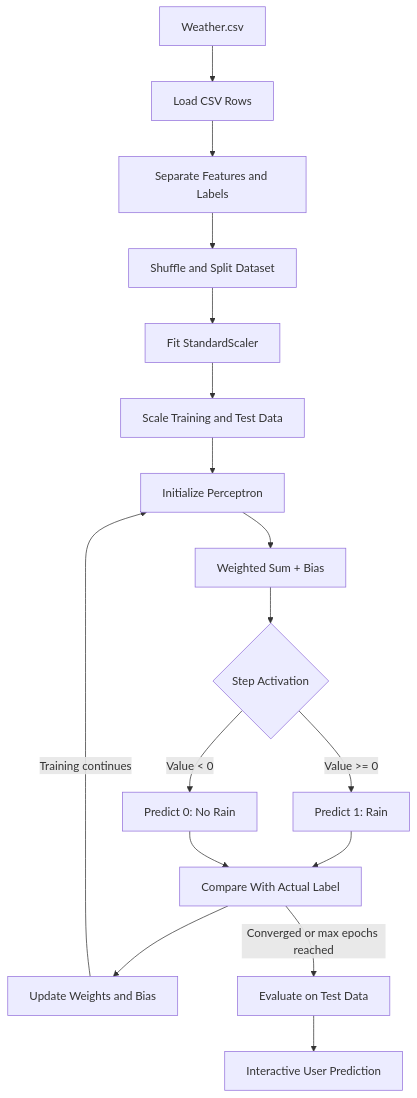
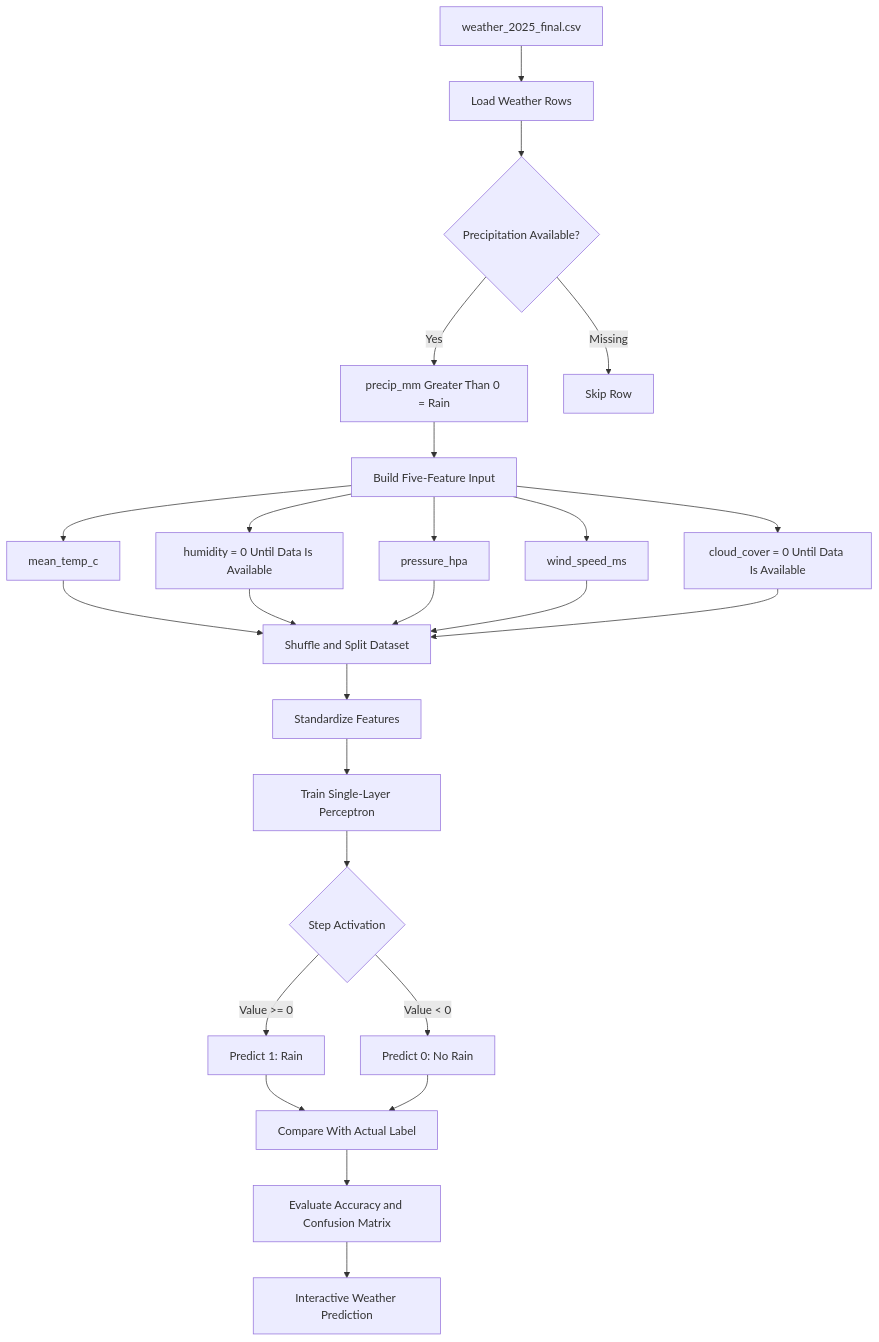
Before and after one commit to shivangichaudhary-cse/RE-SINGLE-LAYER-PERCEPTRON: the diagram in README.md, drawn with Mermaid. The commit also changed other lines of this file, not shown here.

Commit message:
Update README for the 2025 sample dataset and placeholder humidity/cloud-cover features

````diff
--- a/README.md
+++ b/README.md
@@ -42,19 +43,27 @@
 ```mermaid
 flowchart TD
-    A[Weather.csv] --> B[Load CSV Rows]
-    B --> C[Separate Features and Labels]
-    C --> D[Shuffle and Split Dataset]
-    D --> E[Fit StandardScaler]
-    E --> F[Scale Training and Test Data]
-    F --> G[Initialize Perceptron]
-    G --> H[Weighted Sum + Bias]
-    H --> I{Step Activation}
-    I -->|Value >= 0| J[Predict 1: Rain]
-    I -->|Value < 0| K[Predict 0: No Rain]
-    J --> L[Compare With Actual Label]
+    A[weather_2025_final.csv] --> B[Load Weather Rows]
+    B --> C{Precipitation Available?}
+    C -->|Yes| D[precip_mm Greater Than 0 = Rain]
+    C -->|Missing| E[Skip Row]
+    D --> F[Build Five-Feature Input]
+    F --> G[mean_temp_c]
+    F --> H[humidity = 0 Until Data Is Available]
+    F --> I[pressure_hpa]
+    F --> J[wind_speed_ms]
+    F --> K[cloud_cover = 0 Until Data Is Available]
+    G --> L[Shuffle and Split Dataset]
+    H --> L
+    I --> L
+    J --> L
     K --> L
-    L --> M[Update Weights and Bias]
-    M -->|Training continues| G
-    L -->|Converged or max epochs reached| N[Evaluate on Test Data]
-    N --> O[Interactive User Prediction]
+    L --> M[Standardize Features]
+    M --> N[Train Single-Layer Perceptron]
+    N --> O{Step Activation}
+    O -->|Value >= 0| P[Predict 1: Rain]
+    O -->|Value < 0| Q[Predict 0: No Rain]
+    P --> R[Compare With Actual Label]
+    Q --> R
+    R --> S[Evaluate Accuracy and Confusion Matrix]
+    S --> T[Interactive Weather Prediction]
 ```
````
